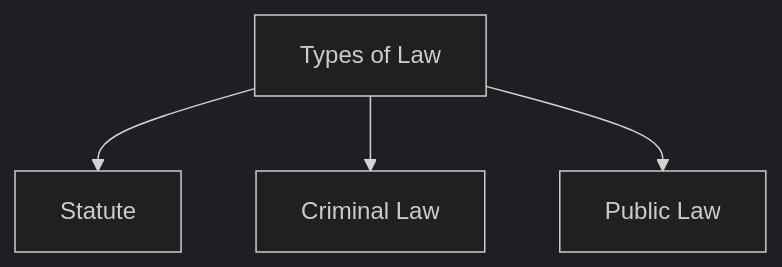
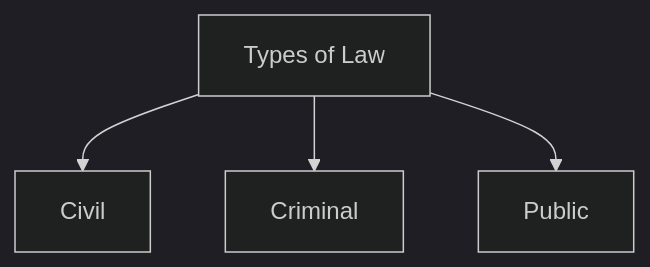
Before and after one commit to Owen-Chu/Medicine: the fourth of 4 diagrams in Module 1/Law in medicine.md, drawn with Mermaid (dark theme). The commit also changed other lines of this file, not shown here.

Commit message:
vault backup: 2026-09-21 21:18:58

````diff
--- a/Module 1/Law in medicine.md
+++ b/Module 1/Law in medicine.md
@@ -75,9 +75,9 @@
 ```mermaid
 flowchart TD
 
-	A[Types of Law] -->B[Statute]
+	A[Types of Law] -->B[Civil]
 
-	A -->C[Criminal Law]
+	A -->C[Criminal]
 	
-	A --> D[Public Law]
+	A --> D[Public]
 ```
````
